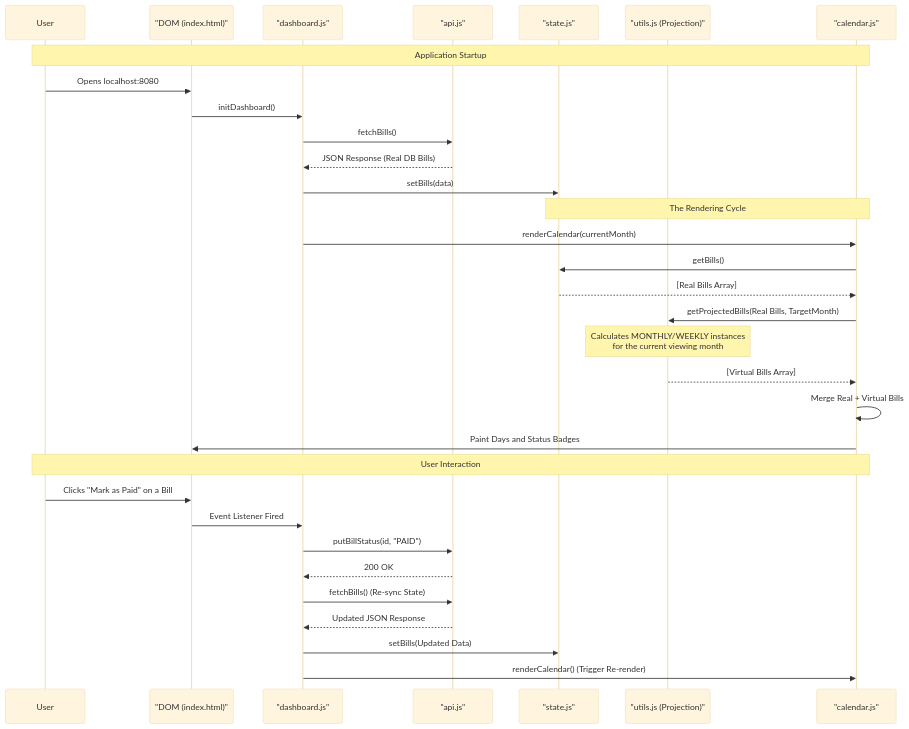
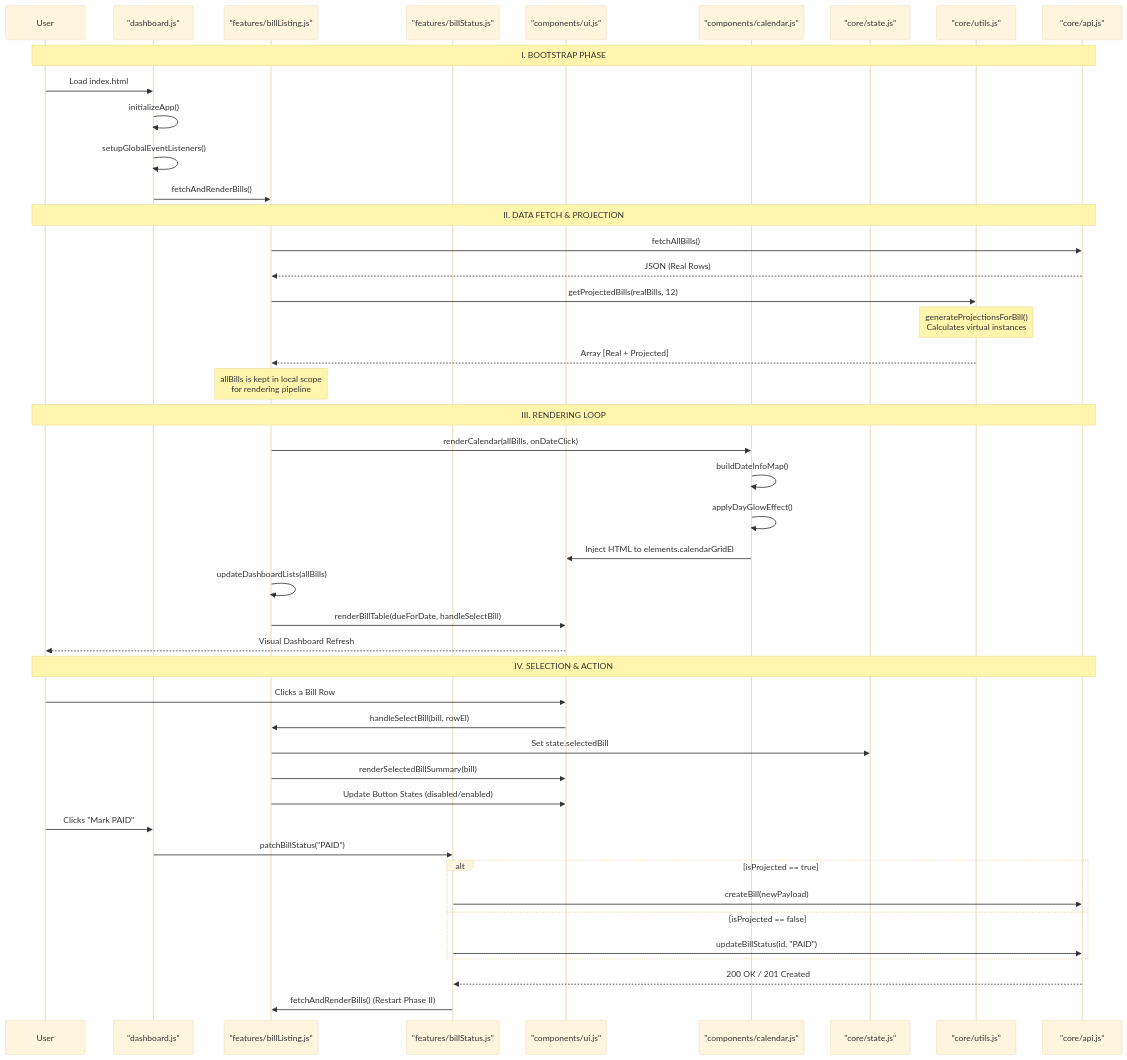
One commit to Kaynup/Family-Support-Scheduler-Full-stack-App changed the diagram in docs/schematics/FRONTEND_FLOW.md. Above: the diagram before and after it, drawn with Mermaid (base theme). The commit also changed other lines of this file and 16 other files, not shown here.

````diff
--- a/docs/schematics/FRONTEND_FLOW.md
+++ b/docs/schematics/FRONTEND_FLOW.md
@@ -8,37 +18,53 @@
 ```mermaid
 sequenceDiagram
     participant User
-    participant UI as "DOM (index.html)"
-    participant Orchestrator as "dashboard.js"
-    participant APIClient as "api.js"
-    participant State as "state.js"
-    participant Engine as "utils.js (Projection)"
-    participant Calendar as "calendar.js"
+    participant Dash as "dashboard.js"
+    participant FeatList as "features/billListing.js"
+    participant FeatStat as "features/billStatus.js"
+    participant CompUI as "components/ui.js"
+    participant CompCal as "components/calendar.js"
+    participant CoreState as "core/state.js"
+    participant CoreUtils as "core/utils.js"
+    participant CoreAPI as "core/api.js"
     
-    Note over User, Calendar: Application Startup
-    User->>UI: Opens localhost:8080
-    UI->>Orchestrator: initDashboard()
-    Orchestrator->>APIClient: fetchBills()
-    APIClient-->>Orchestrator: JSON Response (Real DB Bills)
-    Orchestrator->>State: setBills(data)
+    Note over User, CoreAPI: I. BOOTSTRAP PHASE
+    User->>Dash: Load index.html
+    Dash->>Dash: initializeApp()
+    Dash->>Dash: setupGlobalEventListeners()
+    Dash->>FeatList: fetchAndRenderBills()
     
-    Note over State, Calendar: The Rendering Cycle
-    Orchestrator->>Calendar: renderCalendar(currentMonth)
-    Calendar->>State: getBills()
-    State-->>Calendar: [Real Bills Array]
-    Calendar->>Engine: getProjectedBills(Real Bills, TargetMonth)
-    Note over Engine: Calculates MONTHLY/WEEKLY instances<br/>for the current viewing month
-    Engine-->>Calendar: [Virtual Bills Array]
-    Calendar->>Calendar: Merge Real + Virtual Bills
-    Calendar->>UI: Paint Days and Status Badges
+    Note over User, CoreAPI: II. DATA FETCH & PROJECTION
+    FeatList->>CoreAPI: fetchAllBills()
+    CoreAPI-->>FeatList: JSON (Real Rows)
+    FeatList->>CoreUtils: getProjectedBills(realBills, 12)
+    Note over CoreUtils: generateProjectionsForBill()<br/>Calculates virtual instances
+    CoreUtils-->>FeatList: Array [Real + Projected]
+    Note over FeatList: allBills is kept in local scope<br/>for rendering pipeline
     
-    Note over User, Calendar: User Interaction
-    User->>UI: Clicks "Mark as Paid" on a Bill
-    UI->>Orchestrator: Event Listener Fired
-    Orchestrator->>APIClient: putBillStatus(id, "PAID")
-    APIClient-->>Orchestrator: 200 OK
-    Orchestrator->>APIClient: fetchBills() (Re-sync State)
-    APIClient-->>Orchestrator: Updated JSON Response
-    Orchestrator->>State: setBills(Updated Data)
-    Orchestrator->>Calendar: renderCalendar() (Trigger Re-render)
+    Note over User, CoreAPI: III. RENDERING LOOP
+    FeatList->>CompCal: renderCalendar(allBills, onDateClick)
+    CompCal->>CompCal: buildDateInfoMap()
+    CompCal->>CompCal: applyDayGlowEffect()
+    CompCal->>CompUI: Inject HTML to elements.calendarGridEl
+    
+    FeatList->>FeatList: updateDashboardLists(allBills)
+    FeatList->>CompUI: renderBillTable(dueForDate, handleSelectBill)
+    CompUI-->>User: Visual Dashboard Refresh
+    
+    Note over User, CoreAPI: IV. SELECTION & ACTION
+    User->>CompUI: Clicks a Bill Row
+    CompUI->>FeatList: handleSelectBill(bill, rowEl)
+    FeatList->>CoreState: Set state.selectedBill
+    FeatList->>CompUI: renderSelectedBillSummary(bill)
+    FeatList->>CompUI: Update Button States (disabled/enabled)
+
+    User->>Dash: Clicks "Mark PAID"
+    Dash->>FeatStat: patchBillStatus("PAID")
+    alt isProjected == true
+        FeatStat->>CoreAPI: createBill(newPayload)
+    else isProjected == false
+        FeatStat->>CoreAPI: updateBillStatus(id, "PAID")
+    end
+    CoreAPI-->>FeatStat: 200 OK / 201 Created
+    FeatStat->>FeatList: fetchAndRenderBills() (Restart Phase II)
 ```
````
